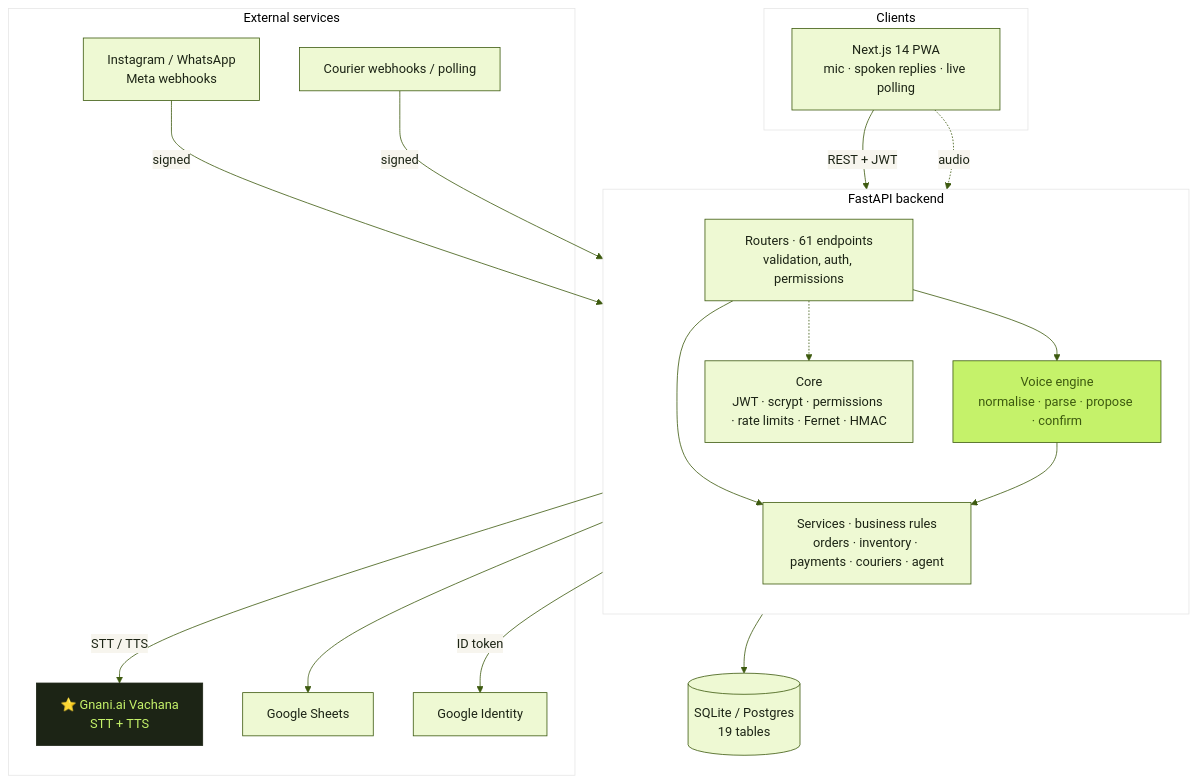
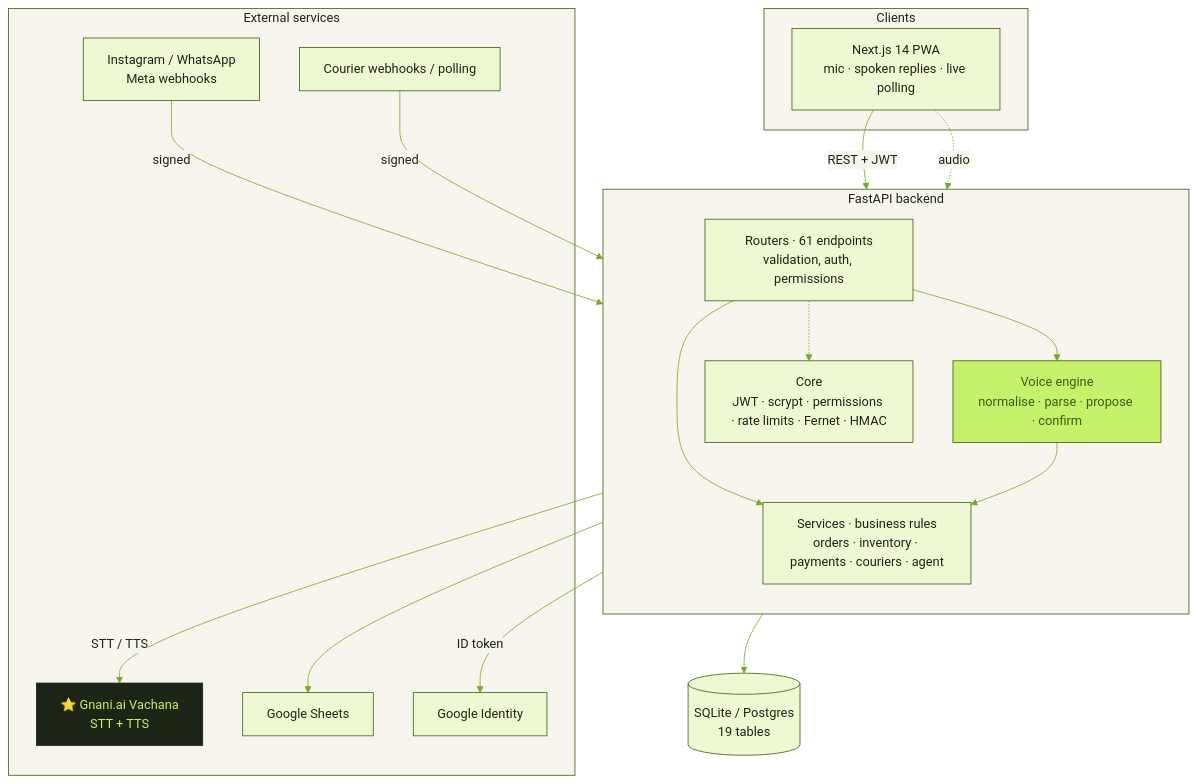
One commit to AaliyaKhan25/factor changed the first of 4 diagrams in README.md. Above: the diagram before and after it, drawn with Mermaid. The commit also changed other lines of this file, not shown here.

````diff
--- a/README.md
+++ b/README.md
@@ -185,36 +185,36 @@
 ```mermaid
-%%{init: {'theme':'base','themeVariables':{'primaryColor':'#eef9d3','primaryTextColor':'#1c2415','primaryBorderColor':'#3d5a0f','lineColor':'#3d5a0f','secondaryColor':'#f7f5ee','tertiaryColor':'#ffffff','fontFamily':'Inter, Segoe UI, sans-serif'}}}%%
+%%{init: {'theme':'base','themeVariables':{'primaryColor':'#eef9d3','primaryTextColor':'#1c2415','primaryBorderColor':'#3d5a0f','secondaryColor':'#f7f5ee','tertiaryColor':'#ffffff','lineColor':'#7aa62a','textColor':'#1c2415','nodeTextColor':'#1c2415','edgeLabelBackground':'#f7f5ee','clusterBkg':'#f7f5ee','clusterBorder':'#3d5a0f','titleColor':'#1c2415','fontFamily':'Inter, Segoe UI, sans-serif'}}}%%
 flowchart TB
   subgraph Clients["Clients"]
     PWA["Next.js 14 PWA<br/>mic · spoken replies · live polling"]
   end
   subgraph Edge["External services"]
     Gnani["⭐ Gnani.ai Vachana<br/>STT + TTS"]
     Meta["Instagram / WhatsApp<br/>Meta webhooks"]
     Couriers["Courier webhooks / polling"]
     GS["Google Sheets"]
     GID["Google Identity"]
   end
   subgraph API["FastAPI backend"]
     direction TB
     R["Routers · 61 endpoints<br/>validation, auth, permissions"]
     S["Services · business rules<br/>orders · inventory · payments · couriers · agent"]
     V["Voice engine<br/>normalise · parse · propose · confirm"]
     C["Core<br/>JWT · scrypt · permissions · rate limits · Fernet · HMAC"]
   end
   DB[("SQLite / Postgres<br/>19 tables")]
   PWA -->|REST + JWT| R
   PWA -.->|audio| R
   R --> S
   R --> V
   V --> S
   S --> DB
   V -->|STT / TTS| Gnani
   Meta -->|signed| R
   Couriers -->|signed| R
   S --> GS
   R -->|ID token| GID
   R -.-> C
   style Gnani fill:#1c2415,color:#c5f26a,stroke:#1c2415
   style V fill:#c5f26a,color:#3d5a0f,stroke:#3d5a0f
 ```
````
